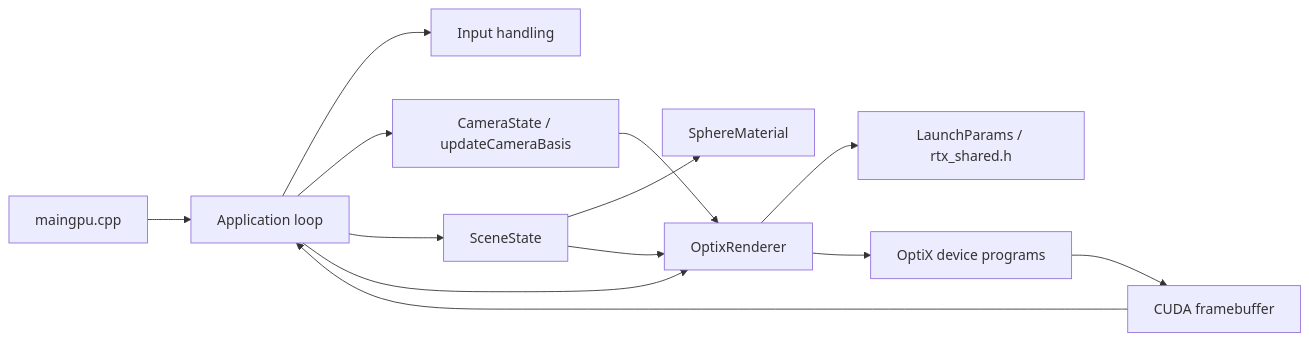
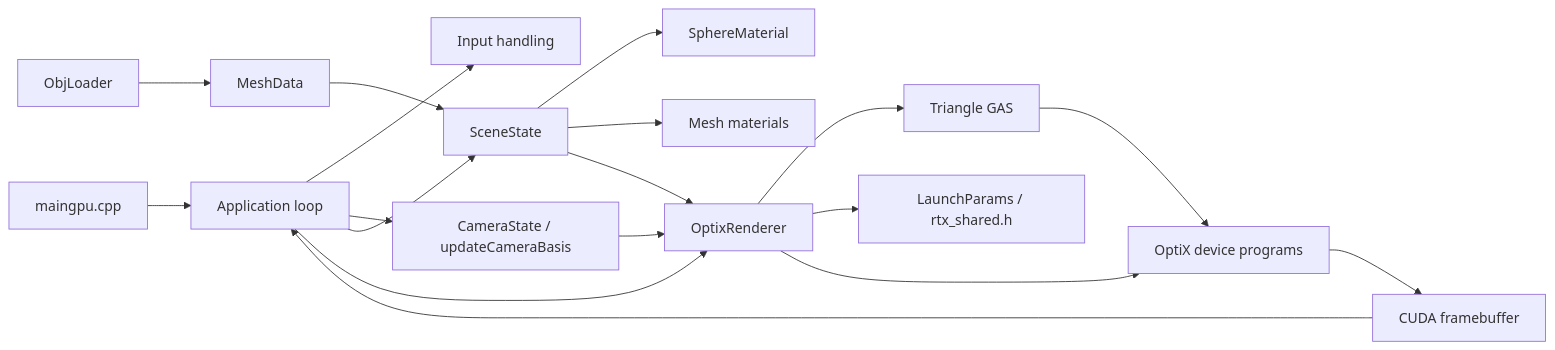
The first of 4 diagrams in RayTracerRTX/docs/architecture.md (Tundraws/RayTracer), drawn with Mermaid before and after one commit. The commit also changed other lines of this file and 6 other files, not shown here.

Commit message:
docs: describe obj mesh rendering pipeline

````diff
--- a/RayTracerRTX/docs/architecture.md
+++ b/RayTracerRTX/docs/architecture.md
@@ -9,15 +9,20 @@
 ```mermaid
 flowchart LR
     Main["maingpu.cpp"] --> App["Application loop"]
     App --> Input["Input handling"]
     App --> Camera["CameraState / updateCameraBasis"]
+    ObjLoader["ObjLoader"] --> MeshData["MeshData"]
+    MeshData --> Scene
     App --> Scene["SceneState"]
     Scene --> Materials["SphereMaterial"]
+    Scene --> MeshMaterials["Mesh materials"]
     App --> Renderer["OptixRenderer"]
     Camera --> Renderer
     Scene --> Renderer
+    Renderer --> TriangleGAS["Triangle GAS"]
     Renderer --> Shared["LaunchParams / rtx_shared.h"]
     Renderer --> Device["OptiX device programs"]
+    TriangleGAS --> Device
     Device --> Framebuffer["CUDA framebuffer"]
     Framebuffer --> App
 ```
````
